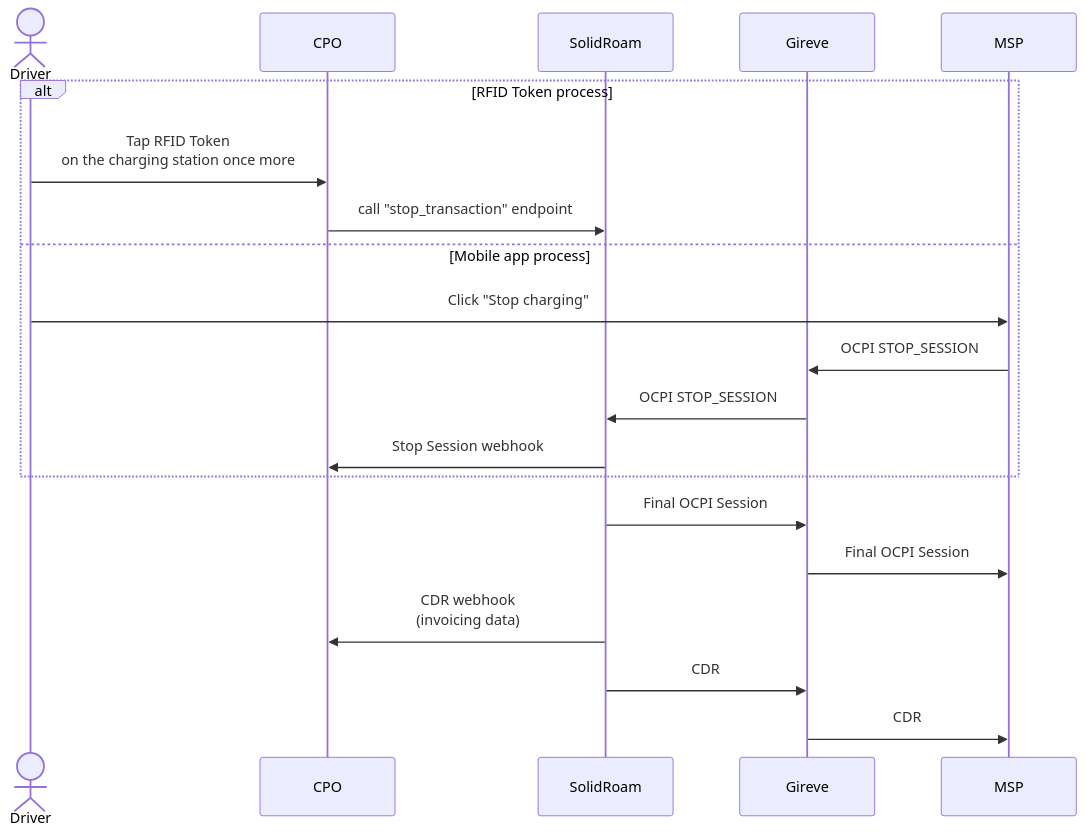
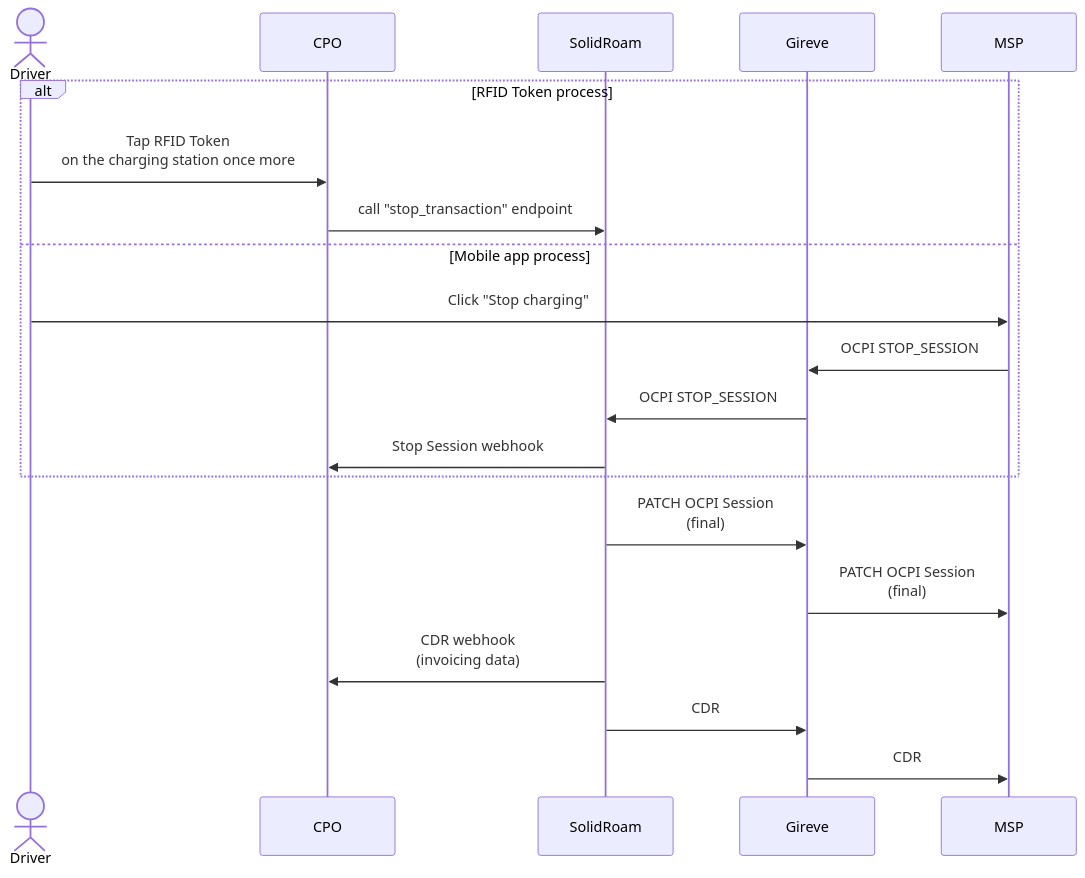
Before and after one commit to erkkiat/ocpi: the fourth of 4 diagrams in documentation/charging.md, drawn with Mermaid. The commit also changed other lines of this file, not shown here.

````diff
--- a/documentation/charging.md
+++ b/documentation/charging.md
@@ -99,23 +106,23 @@
 ```mermaid
 sequenceDiagram
     actor Driver
     participant CPO
     participant SolidRoam
     participant Gireve
     participant MSP
     
     alt RFID Token process
     Driver->>CPO: Tap RFID Token <br/> on the charging station once more
         CPO->>SolidRoam: call "stop_transaction" endpoint
     else Mobile app process
         Driver->>MSP: Click "Stop charging"
         MSP->>Gireve: OCPI STOP_SESSION
         Gireve->>SolidRoam: OCPI STOP_SESSION
         SolidRoam->>CPO: Stop Session webhook
     end
-    SolidRoam->>Gireve: Final OCPI Session
-    Gireve->>MSP: Final OCPI Session
+    SolidRoam->>Gireve: PATCH OCPI Session <br/> (final)
+    Gireve->>MSP: PATCH OCPI Session <br/> (final)
     SolidRoam->>CPO: CDR webhook <br/> (invoicing data)
     SolidRoam->>Gireve: CDR
     Gireve->>MSP: CDR
 ```
````
